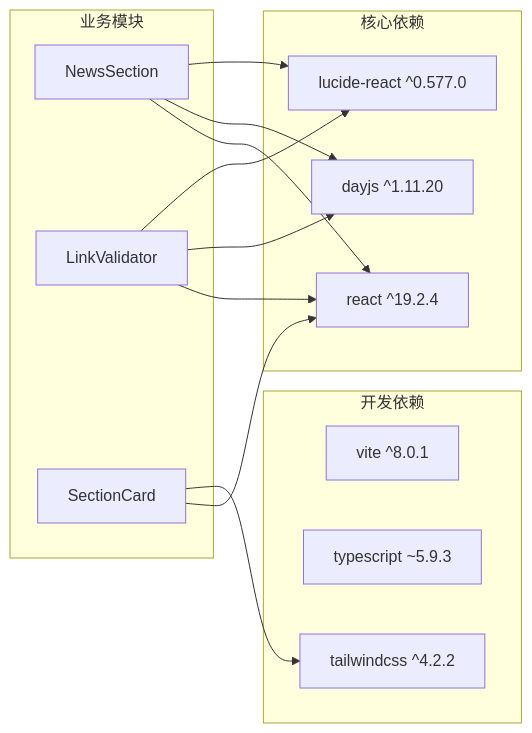
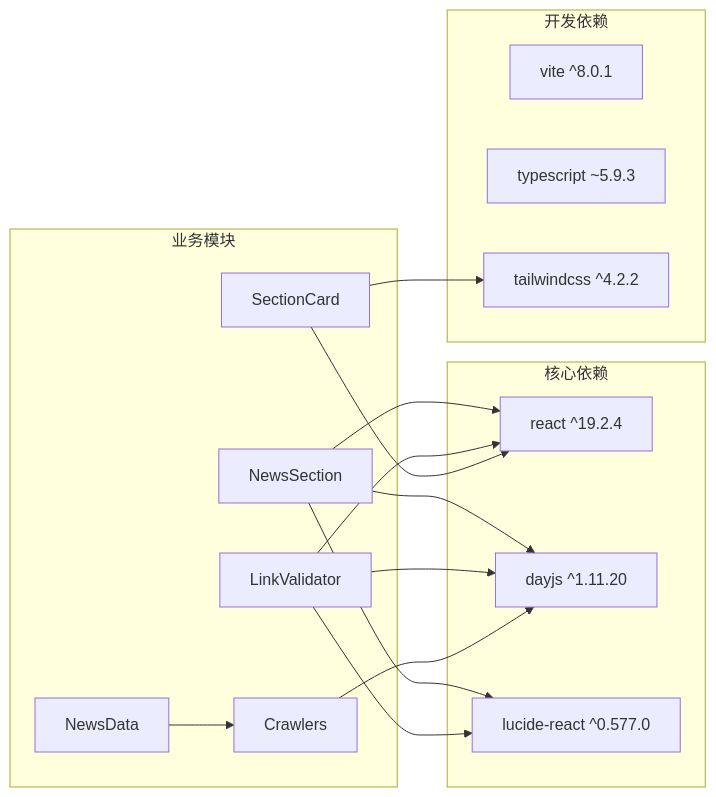
Before and after one commit to liangxuanliang-cmd/carbon-info-agent: the eighth of 8 diagrams in .qoder/repowiki/zh/content/功能模块/新闻资讯模块.md, drawn with Mermaid. The commit also changed other lines of this file and 6 other files, not shown here.

````diff
--- a/.qoder/repowiki/zh/content/功能模块/新闻资讯模块.md
+++ b/.qoder/repowiki/zh/content/功能模块/新闻资讯模块.md
@@ -344,26 +387,30 @@
 ```mermaid
 graph LR
 subgraph "核心依赖"
 React[react ^19.2.4]
 DayJS[dayjs ^1.11.20]
 Lucide[lucide-react ^0.577.0]
 end
 subgraph "开发依赖"
 Vite[vite ^8.0.1]
 TS[typescript ~5.9.3]
 Tailwind[tailwindcss ^4.2.2]
 end
 subgraph "业务模块"
 NewsSection[NewsSection]
 LinkValidator[LinkValidator]
 SectionCard[SectionCard]
+NewsData[NewsData]
+Crawlers[Crawlers]
 end
 NewsSection --> React
 LinkValidator --> React
 SectionCard --> React
 NewsSection --> DayJS
 LinkValidator --> DayJS
 NewsSection --> Lucide
 LinkValidator --> Lucide
 SectionCard --> Tailwind
+NewsData --> Crawlers
+Crawlers --> DayJS
 ```
````
